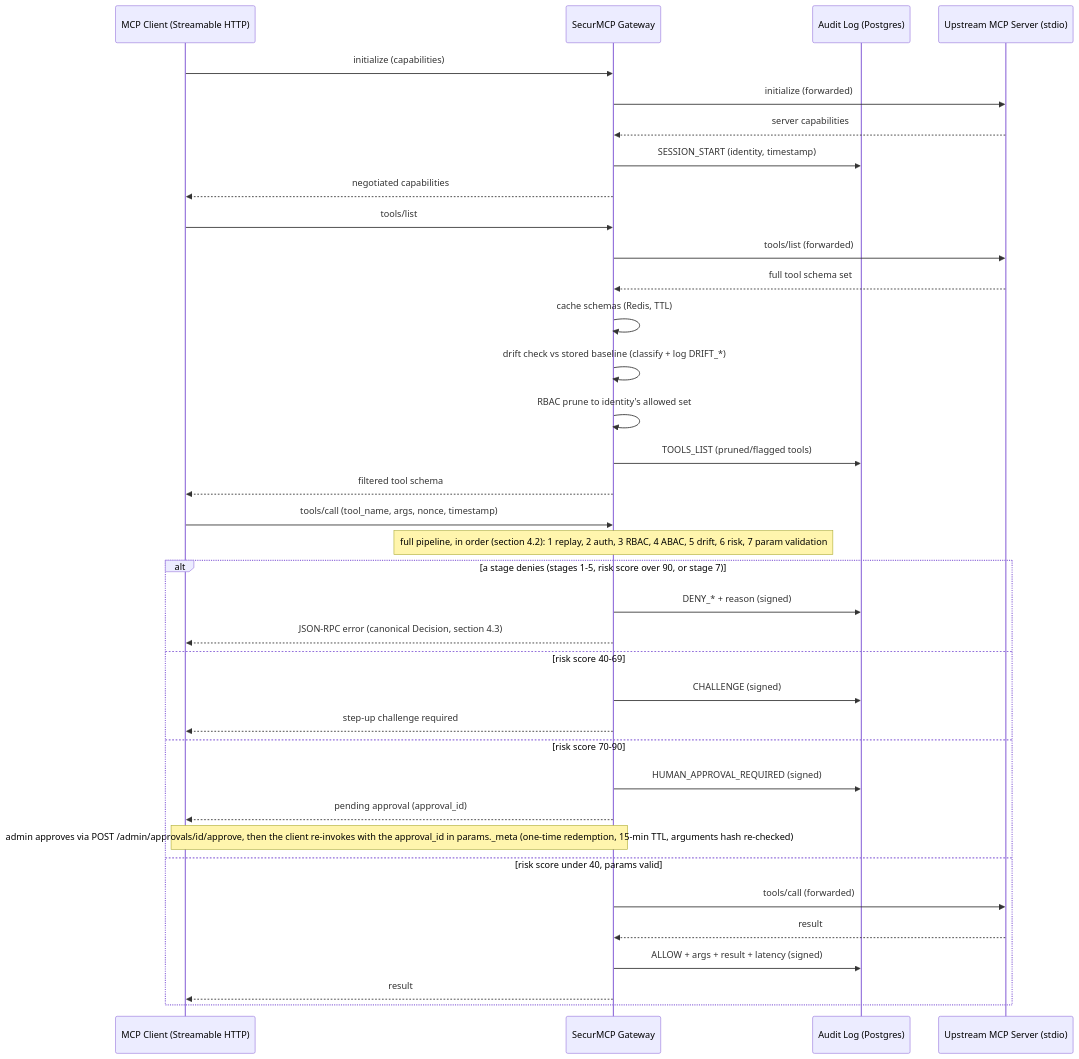
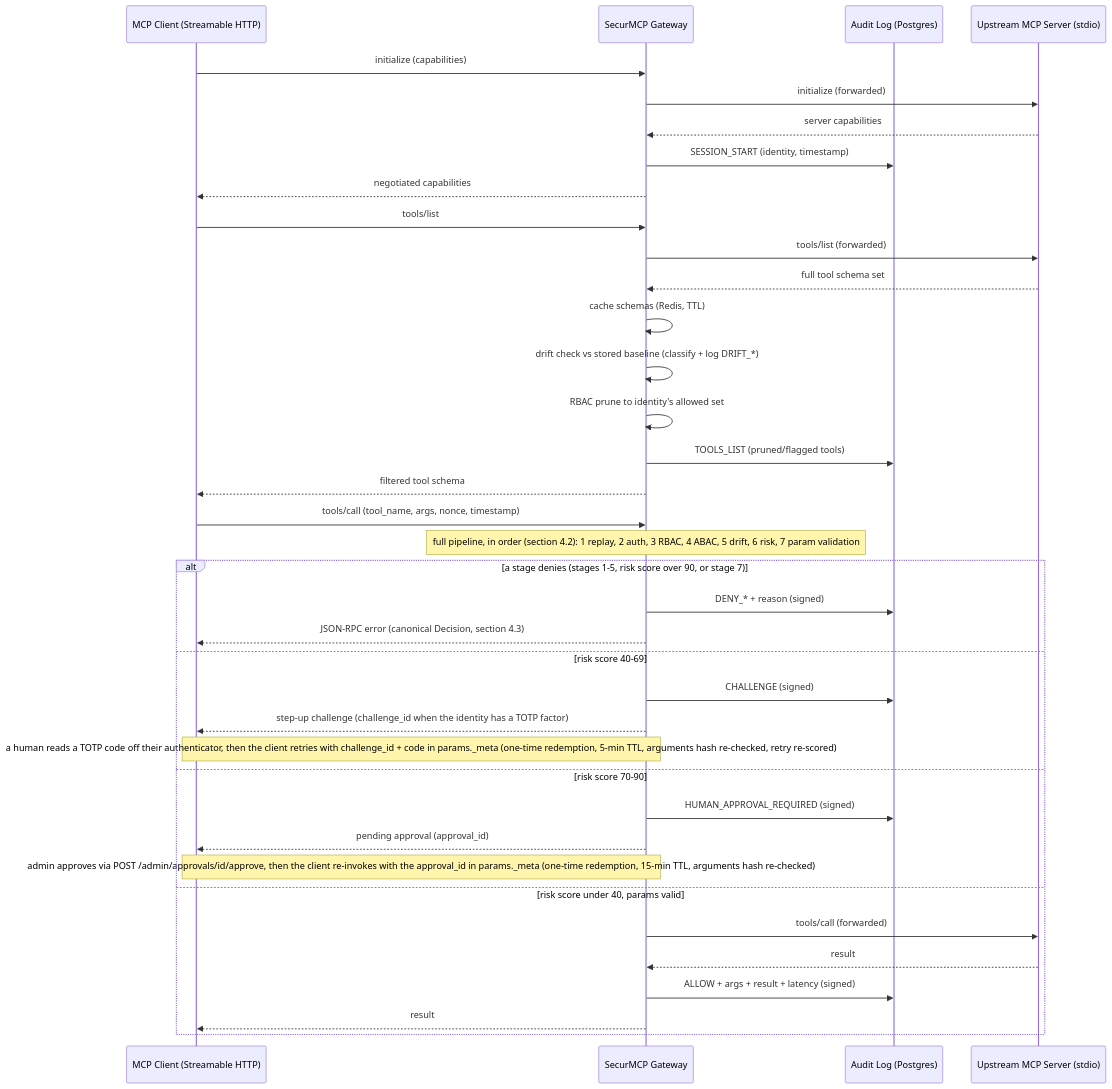
One commit to BashaarJavaid/SecureMCP changed the first of 5 diagrams in ARCHITECTURE.md. Above: the diagram before and after it, drawn with Mermaid. The commit also changed other lines of this file and 20 other files, not shown here.

First line of the commit message:
Implement step-up authentication mechanism with TOTP support

````diff
--- a/ARCHITECTURE.md
+++ b/ARCHITECTURE.md
@@ -15,41 +15,42 @@
 ```mermaid
 sequenceDiagram
     participant Client as MCP Client (Streamable HTTP)
     participant Gateway as SecurMCP Gateway
     participant Audit as Audit Log (Postgres)
     participant Server as Upstream MCP Server (stdio)
 
     Client->>Gateway: initialize (capabilities)
     Gateway->>Server: initialize (forwarded)
     Server-->>Gateway: server capabilities
     Gateway->>Audit: SESSION_START (identity, timestamp)
     Gateway-->>Client: negotiated capabilities
 
     Client->>Gateway: tools/list
     Gateway->>Server: tools/list (forwarded)
     Server-->>Gateway: full tool schema set
     Gateway->>Gateway: cache schemas (Redis, TTL)
     Gateway->>Gateway: drift check vs stored baseline (classify + log DRIFT_*)
     Gateway->>Gateway: RBAC prune to identity's allowed set
     Gateway->>Audit: TOOLS_LIST (pruned/flagged tools)
     Gateway-->>Client: filtered tool schema
 
     Client->>Gateway: tools/call (tool_name, args, nonce, timestamp)
     Note over Gateway: full pipeline, in order (section 4.2): 1 replay, 2 auth, 3 RBAC, 4 ABAC, 5 drift, 6 risk, 7 param validation
     alt a stage denies (stages 1-5, risk score over 90, or stage 7)
         Gateway->>Audit: DENY_* + reason (signed)
         Gateway-->>Client: JSON-RPC error (canonical Decision, section 4.3)
     else risk score 40-69
         Gateway->>Audit: CHALLENGE (signed)
-        Gateway-->>Client: step-up challenge required
+        Gateway-->>Client: step-up challenge (challenge_id when the identity has a TOTP factor)
+        Note over Client,Gateway: a human reads a TOTP code off their authenticator, then the client retries with challenge_id + code in params._meta (one-time redemption, 5-min TTL, arguments hash re-checked, retry re-scored)
     else risk score 70-90
         Gateway->>Audit: HUMAN_APPROVAL_REQUIRED (signed)
         Gateway-->>Client: pending approval (approval_id)
         Note over Client,Gateway: admin approves via POST /admin/approvals/id/approve, then the client re-invokes with the approval_id in params._meta (one-time redemption, 15-min TTL, arguments hash re-checked)
     else risk score under 40, params valid
         Gateway->>Server: tools/call (forwarded)
         Server-->>Gateway: result
         Gateway->>Audit: ALLOW + args + result + latency (signed)
         Gateway-->>Client: result
     end
 ```
````
